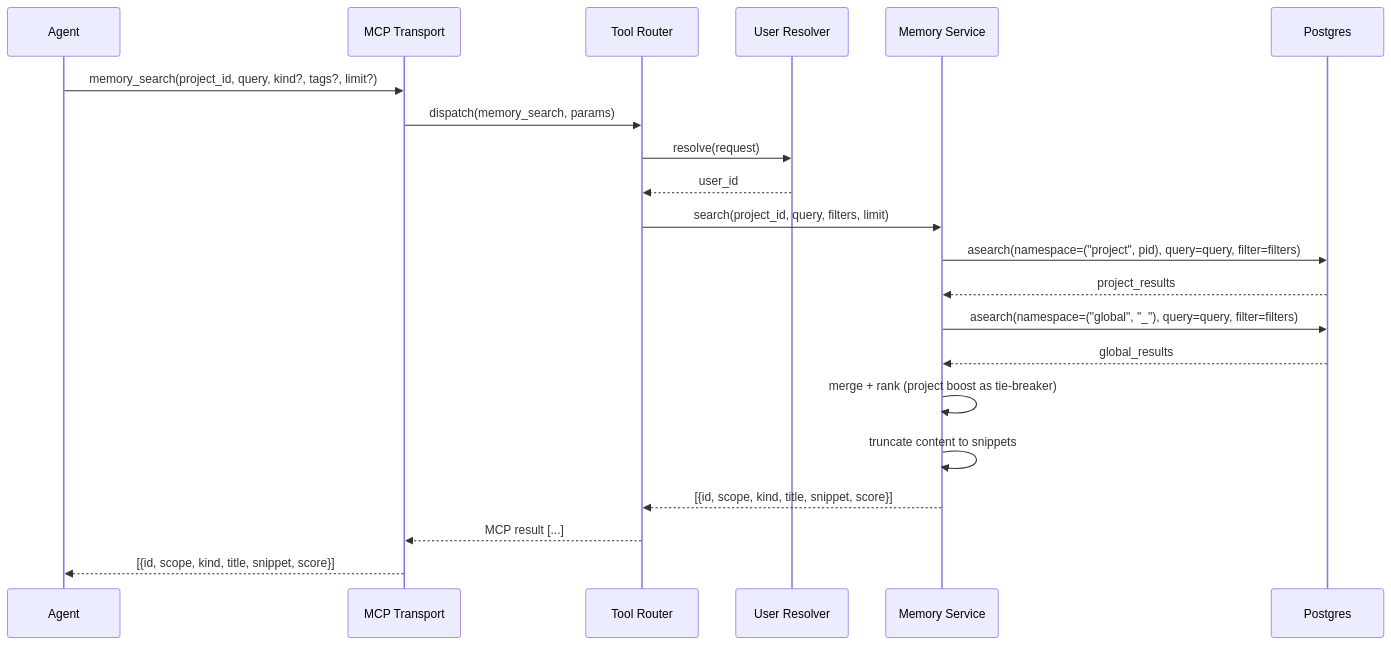
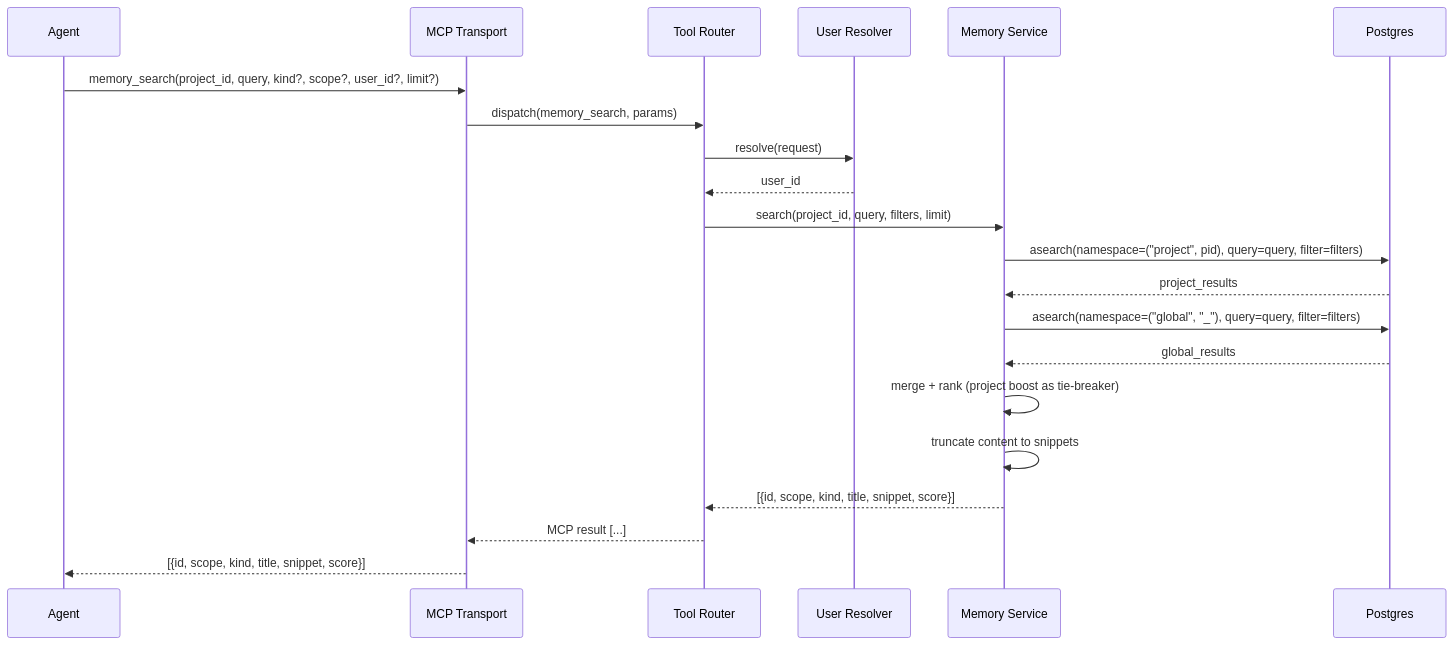
Before and after one commit to mironyx/recall: the third of 6 diagrams in docs/design/v2-design.md, drawn with Mermaid. The commit also changed other lines of this file, not shown here.

````diff
--- a/docs/design/v2-design.md
+++ b/docs/design/v2-design.md
@@ -429,24 +433,24 @@
 ```mermaid
 sequenceDiagram
     participant A as Agent
     participant T as MCP Transport
     participant R as Tool Router
     participant U as User Resolver
     participant M as Memory Service
     participant DB as Postgres
 
-    A->>T: memory_search(project_id, query, kind?, tags?, limit?)
+    A->>T: memory_search(project_id, query, kind?, scope?, user_id?, limit?)
     T->>R: dispatch(memory_search, params)
     R->>U: resolve(request)
     U-->>R: user_id
     R->>M: search(project_id, query, filters, limit)
     M->>DB: asearch(namespace=("project", pid), query=query, filter=filters)
     DB-->>M: project_results
     M->>DB: asearch(namespace=("global", "_"), query=query, filter=filters)
     DB-->>M: global_results
     M->>M: merge + rank (project boost as tie-breaker)
     M->>M: truncate content to snippets
     M-->>R: [{id, scope, kind, title, snippet, score}]
     R-->>T: MCP result [...]
     T-->>A: [{id, scope, kind, title, snippet, score}]
 ```
````
